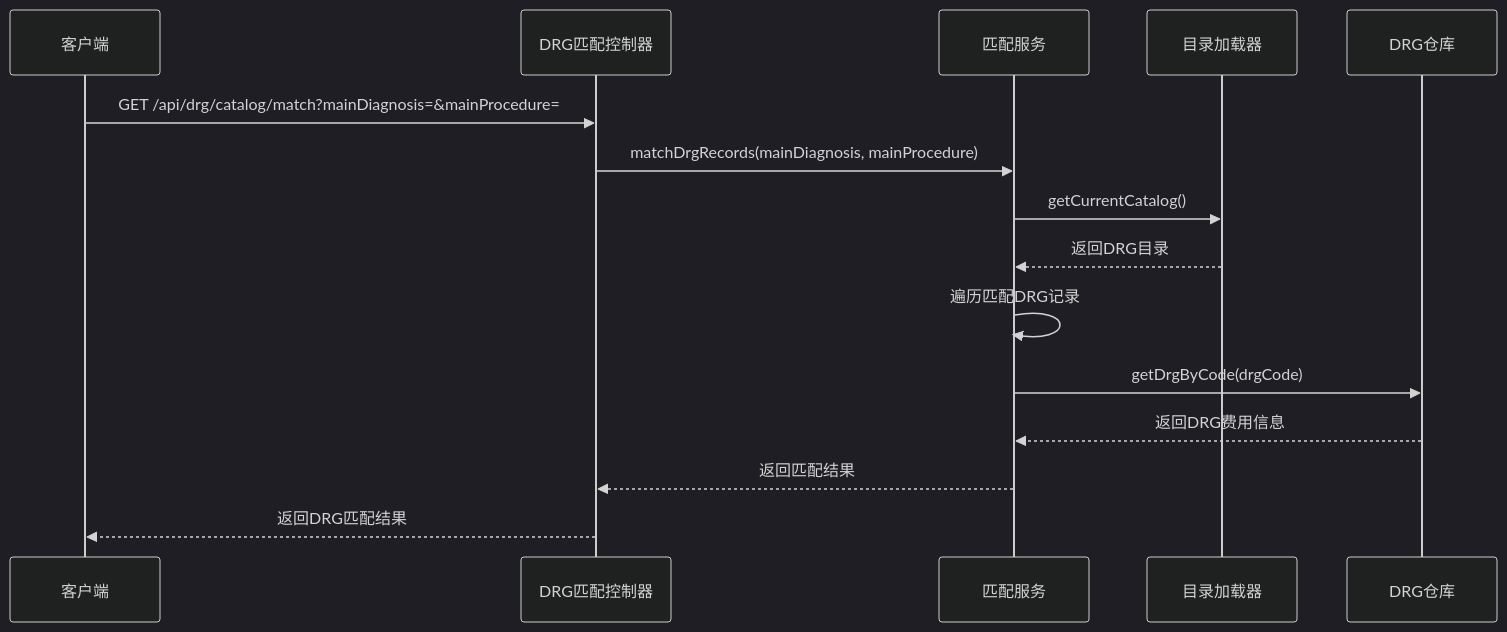
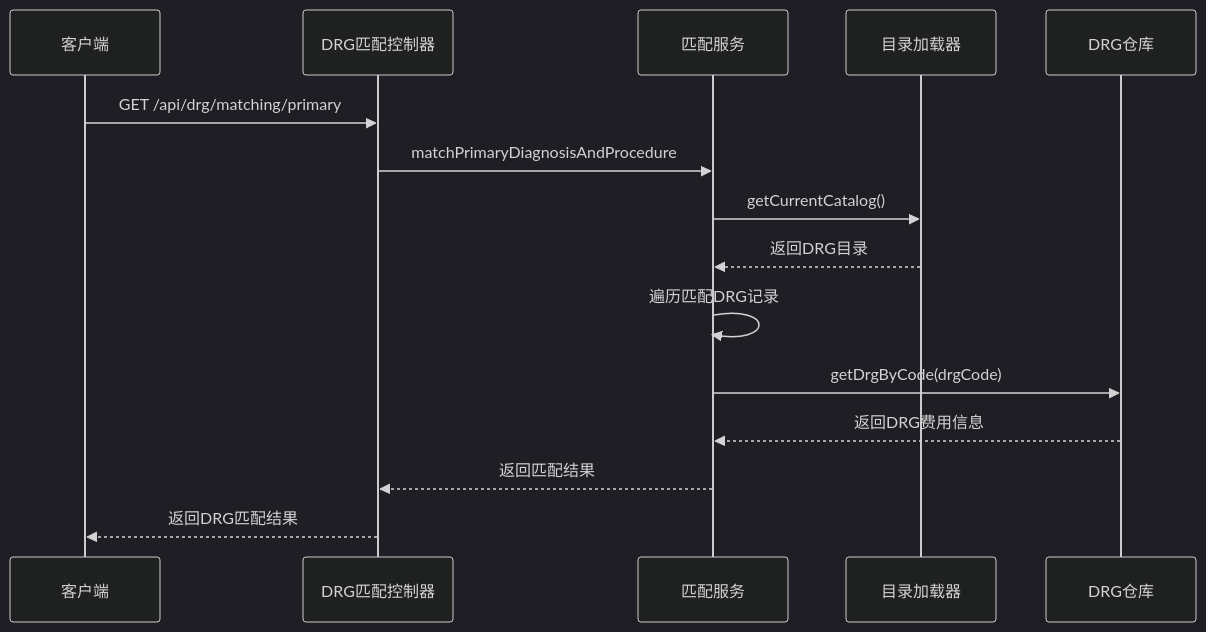
Before and after one commit to liuzh2008/med_ai_assistant_workspace: diagram 28 of 32 in .qoder/repowiki/zh/content/核心功能模块/DRG分析系统增强.md, drawn with Mermaid (dark theme). The commit also changed other lines of this file and 1 other file, not shown here.

````diff
--- a/.qoder/repowiki/zh/content/核心功能模块/DRG分析系统增强.md
+++ b/.qoder/repowiki/zh/content/核心功能模块/DRG分析系统增强.md
@@ -928,17 +1216,17 @@
 ```mermaid
 sequenceDiagram
 participant Client as 客户端
 participant DrgMatchingController as DRG匹配控制器
 participant DrgMatchingService as 匹配服务
 participant DrgCatalogLoader as 目录加载器
 participant DrgRepository as DRG仓库
-Client->>DrgMatchingController : GET /api/drg/catalog/match?mainDiagnosis=&mainProcedure=
-DrgMatchingController->>DrgMatchingService : matchDrgRecords(mainDiagnosis, mainProcedure)
+Client->>DrgMatchingController : GET /api/drg/matching/primary
+DrgMatchingController->>DrgMatchingService : matchPrimaryDiagnosisAndProcedure
 DrgMatchingService->>DrgCatalogLoader : getCurrentCatalog()
 DrgCatalogLoader-->>DrgMatchingService : 返回DRG目录
 DrgMatchingService->>DrgMatchingService : 遍历匹配DRG记录
 DrgMatchingService->>DrgRepository : getDrgByCode(drgCode)
 DrgRepository-->>DrgMatchingService : 返回DRG费用信息
 DrgMatchingService-->>DrgMatchingController : 返回匹配结果
 DrgMatchingController-->>Client : 返回DRG匹配结果
 ```
````
